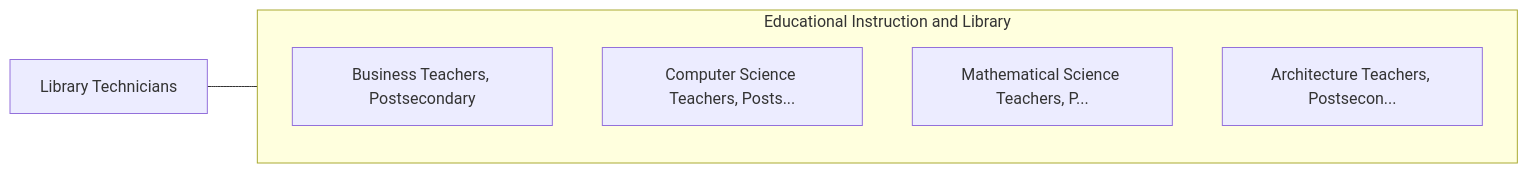
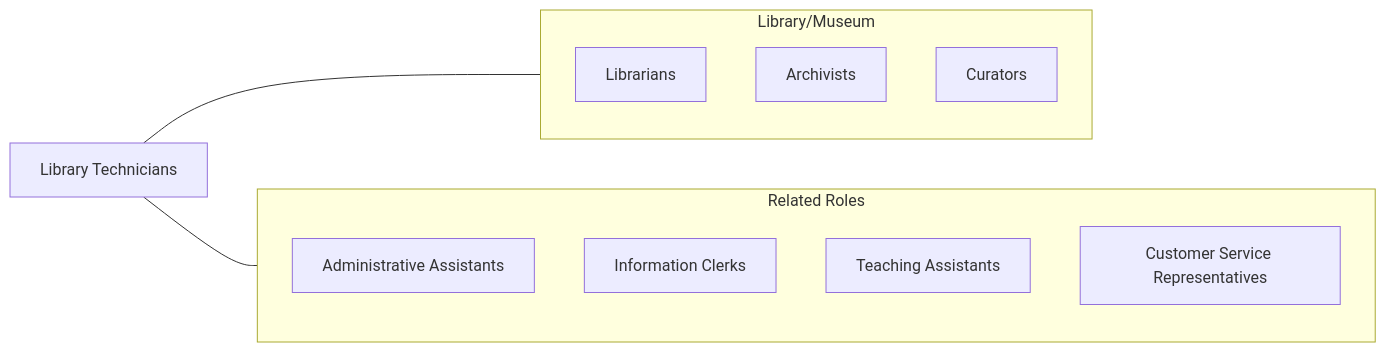
One commit to kziemski/business.org.ai changed the fourth of 4 diagrams in occupations/Education/LibraryTechnicians.mdx. Above: the diagram before and after it, drawn with Mermaid. The commit also changed other lines of this file and 938 other files, not shown here.

````diff
--- a/occupations/Education/LibraryTechnicians.mdx
+++ b/occupations/Education/LibraryTechnicians.mdx
@@ -108,13 +164,20 @@
 ```mermaid
 graph LR
     Current["Library Technicians"]
 
-    subgraph SameCategory["Educational Instruction and Library"]
-        BusinessTeachersPost["Business Teachers, Postsecondary"]
-        ComputerScienceTeach["Computer Science Teachers, Posts..."]
-        MathematicalScienceT["Mathematical Science Teachers, P..."]
-        ArchitectureTeachers["Architecture Teachers, Postsecon..."]
+    subgraph SameCategory["Library/Museum"]
+        Librarians["Librarians"]
+        Archivists["Archivists"]
+        Curators["Curators"]
+    end
+
+    subgraph CrossFunctional["Related Roles"]
+        AdminAssist["Administrative Assistants"]
+        InfoClerks["Information Clerks"]
+        TA["Teaching Assistants"]
+        CustService["Customer Service Representatives"]
     end
 
     Current --- SameCategory
+    Current --- CrossFunctional
 ```
````
